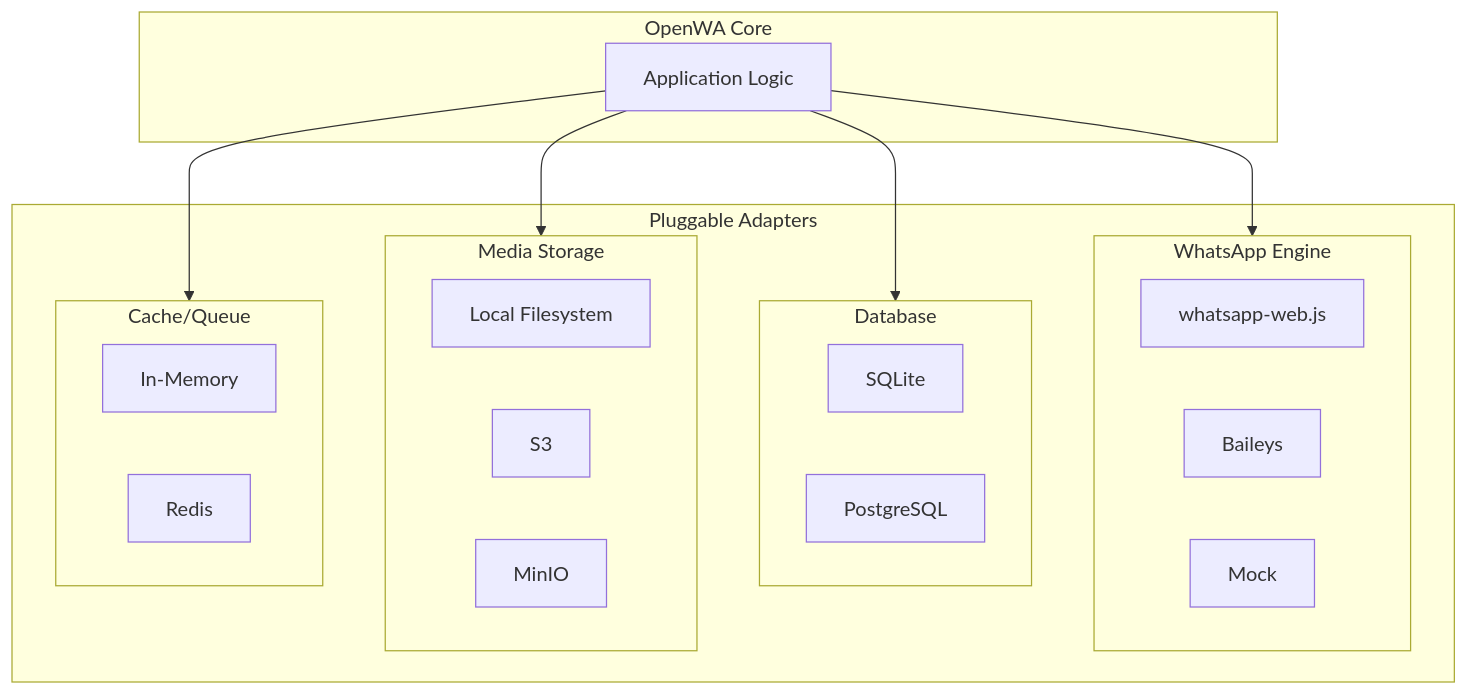
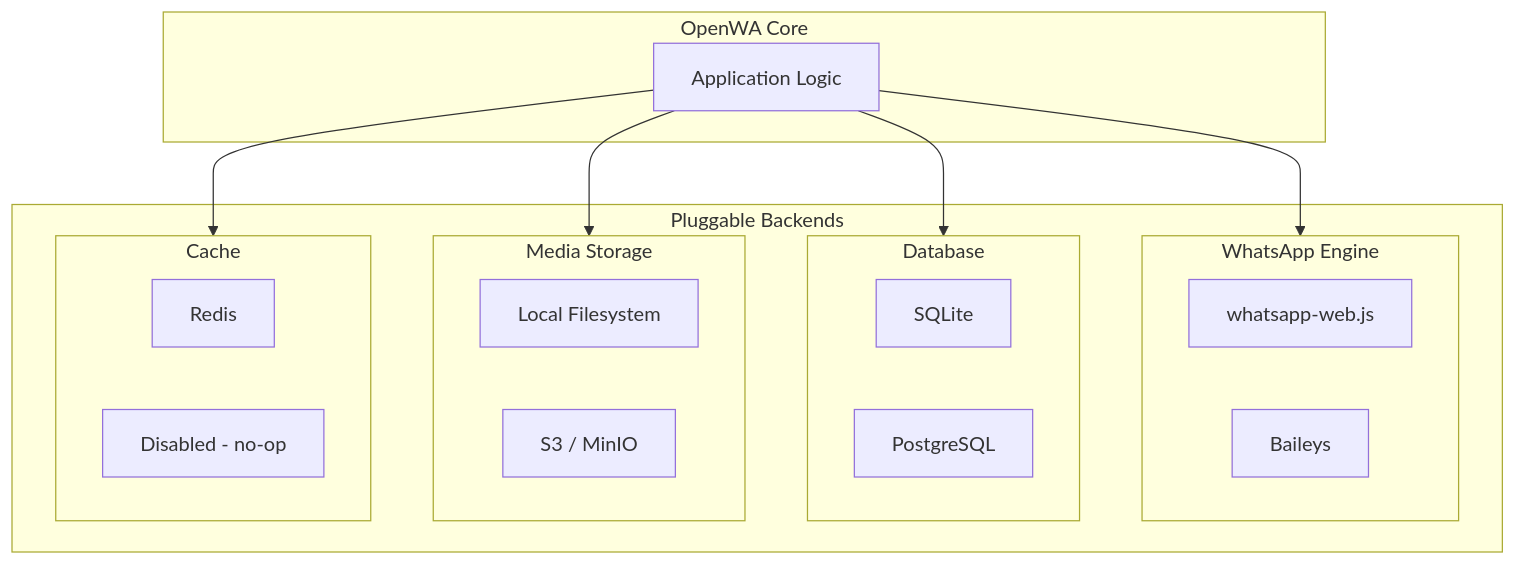
One commit to nourayman21k/OpenWA changed diagram 23 of 24 in docs/03-system-architecture.md. Above: the diagram before and after it, drawn with Mermaid. The commit also changed other lines of this file and 13 other files, not shown here.

````diff
--- a/docs/03-system-architecture.md
+++ b/docs/03-system-architecture.md
@@ -1263,35 +1206,33 @@
 ```mermaid
 flowchart TB
     subgraph Core["OpenWA Core"]
         APP[Application Logic]
     end
 
-    subgraph Adapters["Pluggable Adapters"]
+    subgraph Adapters["Pluggable Backends"]
         subgraph Engine["WhatsApp Engine"]
             E1[whatsapp-web.js]
             E2[Baileys]
-            E3[Mock]
         end
 
         subgraph Database["Database"]
             D1[SQLite]
             D2[PostgreSQL]
         end
 
         subgraph Storage["Media Storage"]
             S1[Local Filesystem]
-            S2[S3]
-            S3[MinIO]
+            S2[S3 / MinIO]
         end
 
-        subgraph Cache["Cache/Queue"]
-            C1[In-Memory]
-            C2[Redis]
+        subgraph Cache["Cache"]
+            C1[Redis]
+            C2[Disabled - no-op]
         end
     end
 
     APP --> Engine
     APP --> Database
     APP --> Storage
     APP --> Cache
 ```
````
